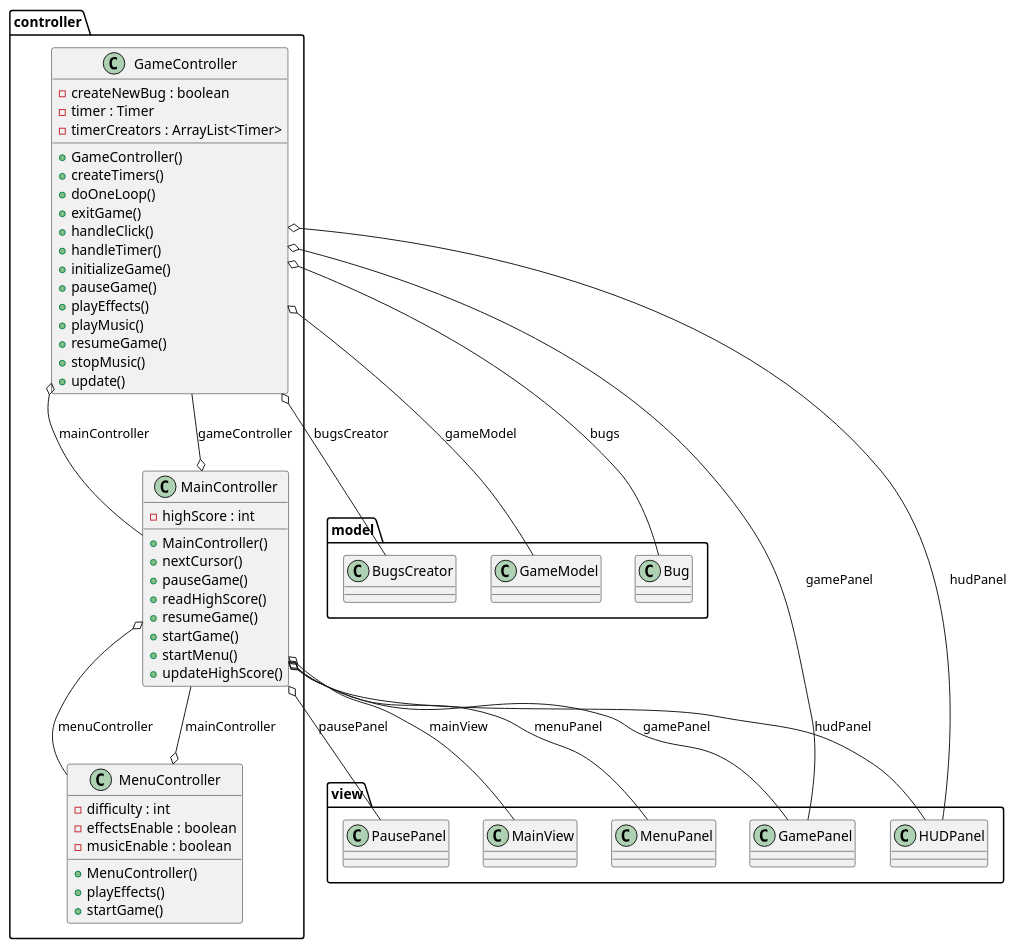
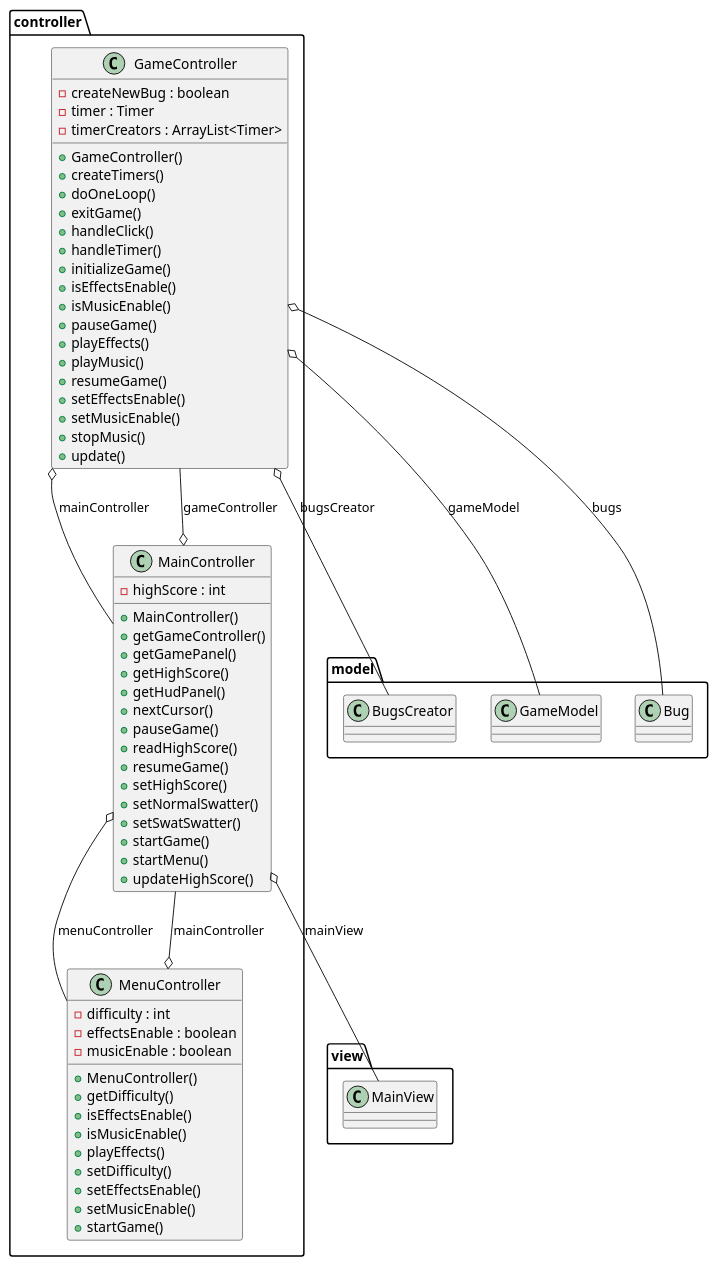
The diagram in out/production/JFlySwatter/controller/controller.plantuml (lcintini/JFlySwatter), drawn with PlantUML before and after one commit. The commit also changed 34 other files, not shown here.

```diff
--- a/out/production/JFlySwatter/controller/controller.plantuml
+++ b/out/production/JFlySwatter/controller/controller.plantuml
@@ -1,70 +1,81 @@
 @startuml
 
 namespace controller {
       class controller.GameController {
           - createNewBug : boolean
           - timer : Timer
           - timerCreators : ArrayList<Timer>
           + GameController()
           + createTimers()
           + doOneLoop()
           + exitGame()
           + handleClick()
           + handleTimer()
           + initializeGame()
+          + isEffectsEnable()
+          + isMusicEnable()
           + pauseGame()
           + playEffects()
           + playMusic()
           + resumeGame()
+          + setEffectsEnable()
+          + setMusicEnable()
           + stopMusic()
           + update()
       }
     }
   
 
-  namespace controller {
+ namespace controller {
       class controller.MainController {
           - highScore : int
           + MainController()
+          + getGameController()
+          + getGamePanel()
+          + getHighScore()
+          + getHudPanel()
           + nextCursor()
           + pauseGame()
           + readHighScore()
           + resumeGame()
+          + setHighScore()
+          + setNormalSwatter()
+          + setSwatSwatter()
           + startGame()
           + startMenu()
           + updateHighScore()
       }
     }
   
 
   namespace controller {
       class controller.MenuController {
           - difficulty : int
           - effectsEnable : boolean
           - musicEnable : boolean
           + MenuController()
+          + getDifficulty()
+          + isEffectsEnable()
+          + isMusicEnable()
           + playEffects()
+          + setDifficulty()
+          + setEffectsEnable()
+          + setMusicEnable()
           + startGame()
       }
     }
   
 
   controller.GameController o-- model.BugsCreator : bugsCreator
   controller.GameController o-- model.GameModel : gameModel
-  controller.GameController o-- view.GamePanel : gamePanel
-  controller.GameController o-- view.HUDPanel : hudPanel
+  controller.GameController o-- model.Bug : bugs
   controller.GameController o-- controller.MainController : mainController
   controller.MainController o-- controller.GameController : gameController
-  controller.MainController o-- view.GamePanel : gamePanel
-  controller.MainController o-- view.HUDPanel : hudPanel
   controller.MainController o-- view.MainView : mainView
   controller.MainController o-- controller.MenuController : menuController
-  controller.MainController o-- view.MenuPanel : menuPanel
-  controller.MainController o-- view.PausePanel : pausePanel
   controller.MenuController o-- controller.MainController : mainController
-  controller.GameController o-- model.Bug : bugs
 
 
 
 
 @enduml
```
